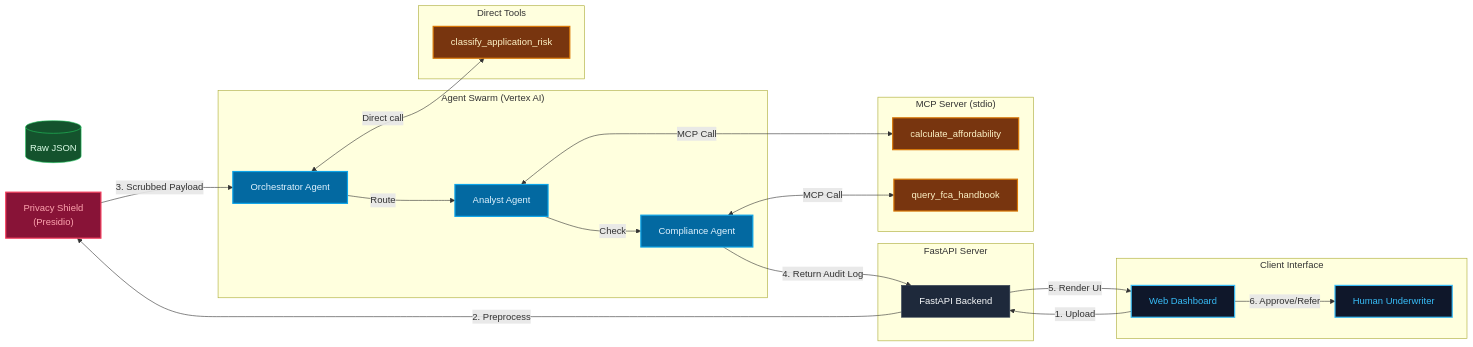
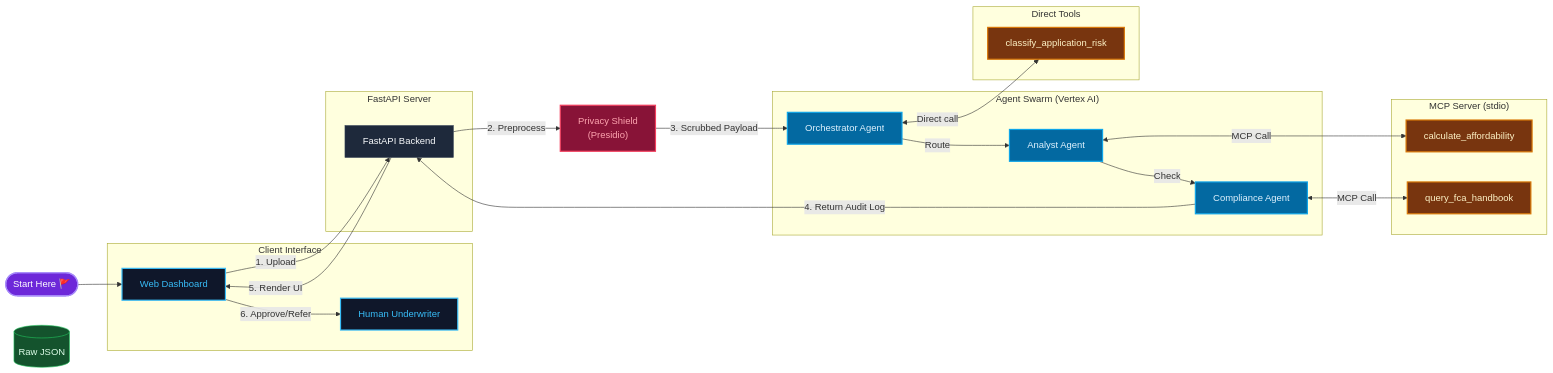
The diagram in README.md (taracanham14/mortgage-stream-ai), drawn with Mermaid before and after one commit.

Commit message:
Add Start Here indicator node to README Mermaid flowchart

````diff
--- a/README.md
+++ b/README.md
@@ -39,56 +39,59 @@
 ```mermaid
 graph LR
     %% Define color palette and styles
     classDef default fill:#1e293b,stroke:#334155,stroke-width:1px,color:#f8fafc;
     classDef client fill:#0f172a,stroke:#38bdf8,stroke-width:2px,color:#38bdf8;
     classDef gateway fill:#881337,stroke:#f43f5e,stroke-width:2px,color:#fda4af;
     classDef agent fill:#0369a1,stroke:#0ea5e9,stroke-width:2px,color:#e0f2fe;
     classDef tool fill:#78350f,stroke:#d97706,stroke-width:2px,color:#fef3c7;
     classDef data fill:#14532d,stroke:#22c55e,stroke-width:1px,color:#dcfce7;
+    classDef start fill:#6d28d9,stroke:#a78bfa,stroke-width:2px,color:#ffffff;
     
     %% Nodes definition
+    Start(["Start Here 🚩"]):::start
     UserJSON[("Raw JSON")]:::data
     PrivacyShield["Privacy Shield<br>(Presidio)"]:::gateway
     
     subgraph UI ["Client Interface"]
         WebDashboard["Web Dashboard"]:::client
         HumanDecision["Human Underwriter"]:::client
     end
     
     subgraph FastAPIApp ["FastAPI Server"]
         FAPIServer["FastAPI Backend"]
     end
     
     subgraph Swarm ["Agent Swarm (Vertex AI)"]
         Orchestrator["Orchestrator Agent"]:::agent
         Analyst["Analyst Agent"]:::agent
         Compliance["Compliance Agent"]:::agent
         
         Orchestrator -->|Route| Analyst
         Analyst -->|Check| Compliance
     end
 
     subgraph MCPServer ["MCP Server (stdio)"]
         AffordabilityTool["calculate_affordability"]:::tool
         FCATool["query_fca_handbook"]:::tool
     end
 
     subgraph DirectTools ["Direct Tools"]
         RiskTool["classify_application_risk"]:::tool
     end
 
     %% Flows and connections
+    Start --> WebDashboard
     WebDashboard -->|1. Upload| FAPIServer
     FAPIServer -->|2. Preprocess| PrivacyShield
     PrivacyShield -->|3. Scrubbed Payload| Orchestrator
     
     %% Tool execution links
     Orchestrator <-->|Direct call| RiskTool
     Analyst <-->|MCP Call| AffordabilityTool
     Compliance <-->|MCP Call| FCATool
     
     %% Responses
     Compliance -->|4. Return Audit Log| FAPIServer
     FAPIServer -->|5. Render UI| WebDashboard
     WebDashboard -->|6. Approve/Refer| HumanDecision
 ```
````
